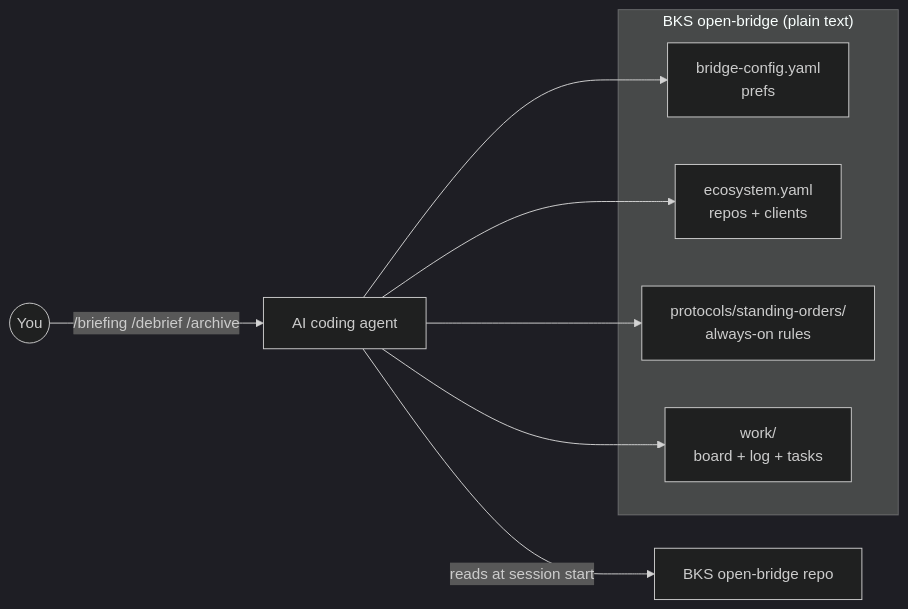
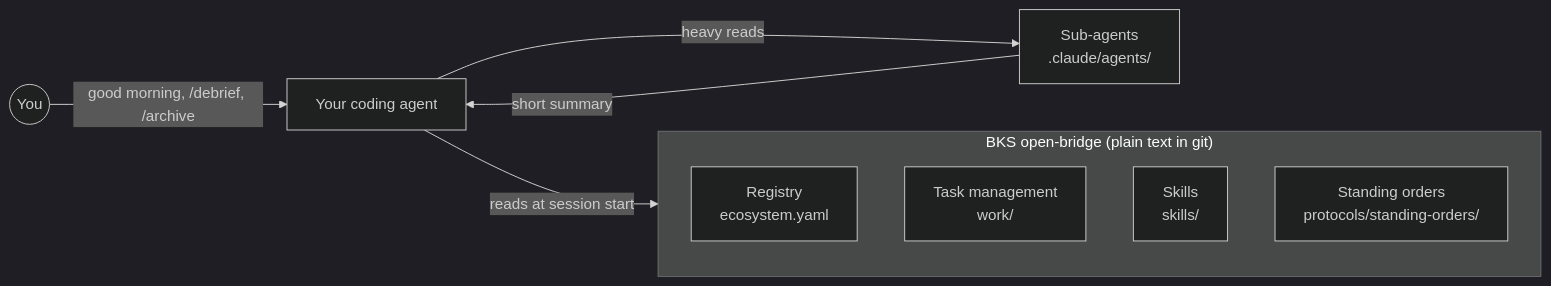
Before and after one commit to avondiel-dev/open-bridge: the diagram in README.md, drawn with Mermaid. The commit also changed other lines of this file, not shown here.

````diff
--- a/README.md
+++ b/README.md
@@ -278,18 +159,14 @@
 ```mermaid
 %%{init: {'theme': 'dark'}}%%
 flowchart LR
-    USER((You)) -->|"/briefing /debrief /archive"| AGENT[AI coding agent]
-    AGENT -->|reads at session start| BRIDGE[BKS open-bridge repo]
-
-    subgraph BRIDGE_INTERNALS["BKS open-bridge (plain text)"]
-        CONFIG[bridge-config.yaml<br/>prefs]
-        ECO[ecosystem.yaml<br/>repos + clients]
-        STANDING[protocols/standing-orders/<br/>always-on rules]
-        WORK[work/<br/>board + log + tasks]
+    USER((You)) -->|"good morning, /debrief, /archive"| AGENT[Your coding agent]
+    AGENT -->|reads at session start| BRIDGE
+    subgraph BRIDGE["BKS open-bridge (plain text in git)"]
+        ECO[Registry<br/>ecosystem.yaml]
+        WORK[Task management<br/>work/]
+        SKILLS[Skills<br/>skills/]
+        STANDING[Standing orders<br/>protocols/standing-orders/]
     end
-
-    AGENT --> CONFIG
-    AGENT --> ECO
-    AGENT --> STANDING
-    AGENT --> WORK
+    AGENT -->|heavy reads| SUB[Sub-agents<br/>.claude/agents/]
+    SUB -->|short summary| AGENT
 ```
````
